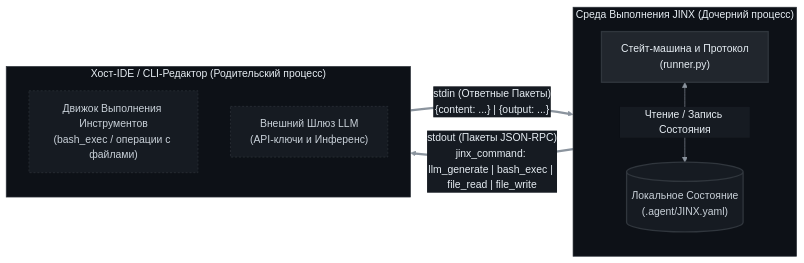
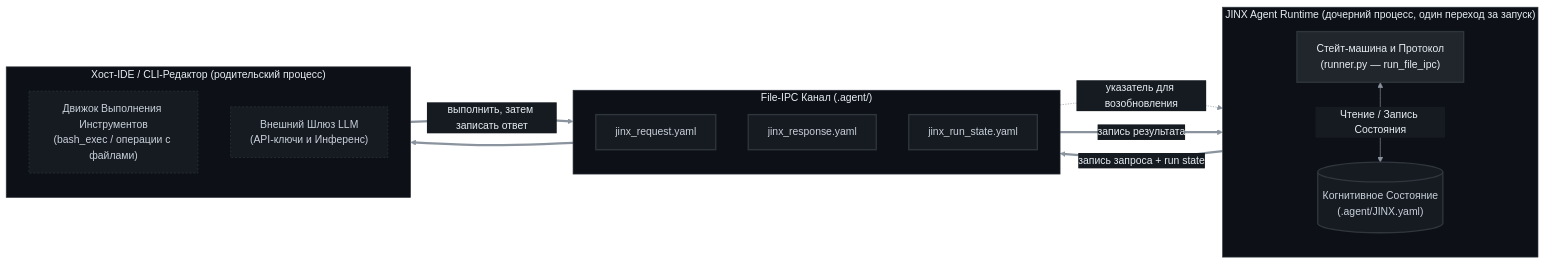
One commit to apxgpt/agent changed the first of 5 diagrams in README_RU.md. Above: the diagram before and after it, drawn with Mermaid. The commit also changed other lines of this file and 24 other files, not shown here.

````diff
--- a/README_RU.md
+++ b/README_RU.md
@@ -22,25 +43,36 @@
 ```mermaid
 %%{init: {'theme': 'base', 'themeVariables': {"darkMode": true, "background": "#0d1117", "primaryColor": "#21262d", "primaryTextColor": "#e6edf3", "primaryBorderColor": "#8b949e", "lineColor": "#8b949e", "textColor": "#e6edf3", "edgeLabelBackground": "#161b22", "mainBkg": "#21262d", "nodeBorder": "#8b949e", "nodeTextColor": "#e6edf3"}}}%%
 flowchart LR
     classDef sub fill:#161b22,stroke:#30363d,stroke-dasharray: 3 3,color:#c9d1d9;
     classDef state fill:#21262d,stroke:#30363d,stroke-width:2px,color:#e6edf3;
     classDef yaml fill:#161b22,stroke:#30363d,stroke-width:2px,color:#c9d1d9;
 
-    subgraph JINX["Среда Выполнения JINX (Дочерний процесс)"]
+    subgraph JINX["JINX Agent Runtime (дочерний процесс, один переход за запуск)"]
         direction TB
-        SM["Стейт-машина и Протокол<br/>(runner.py)"]:::state
-        DB[("Локальное Состояние<br/>(.agent/JINX.yaml)")]:::yaml
+        SM["Стейт-машина и Протокол<br/>(runner.py — run_file_ipc)"]:::state
+        DB[("Когнитивное Состояние<br/>(.agent/JINX.yaml)")]:::yaml
         SM <-->|"Чтение / Запись Состояния"| DB
     end
     style JINX fill:#0d1117,stroke:#30363d,color:#e6edf3
 
-    subgraph HOST["Хост-IDE / CLI-Редактор (Родительский процесс)"]
+    subgraph IPC["File-IPC Канал (.agent/)"]
+        direction TB
+        REQ["jinx_request.yaml"]:::yaml
+        RSP["jinx_response.yaml"]:::yaml
+        RUN["jinx_run_state.yaml"]:::yaml
+    end
+    style IPC fill:#0d1117,stroke:#30363d,color:#e6edf3
+
+    subgraph HOST["Хост-IDE / CLI-Редактор (родительский процесс)"]
         direction TB
         EXE["Движок Выполнения Инструментов<br/>(bash_exec / операции с файлами)"]:::sub
         LLM["Внешний Шлюз LLM<br/>(API-ключи и Инференс)"]:::sub
     end
     style HOST fill:#0d1117,stroke:#30363d,color:#e6edf3
 
-    SM ==>|"stdout (Пакеты JSON-RPC)<br/>jinx_command: llm_generate | bash_exec | file_read | file_write"| HOST
-    HOST ==>|"stdin (Ответные Пакеты)<br/>{content: ...} | {output: ...}"| SM
+    SM ==>|"запись запроса + run state"| REQ
+    RUN -.->|"указатель для возобновления"| SM
+    RSP ==>|"запись результата"| SM
+    REQ ==> HOST
+    HOST ==>|"выполнить, затем записать ответ"| RSP
 ```
````
